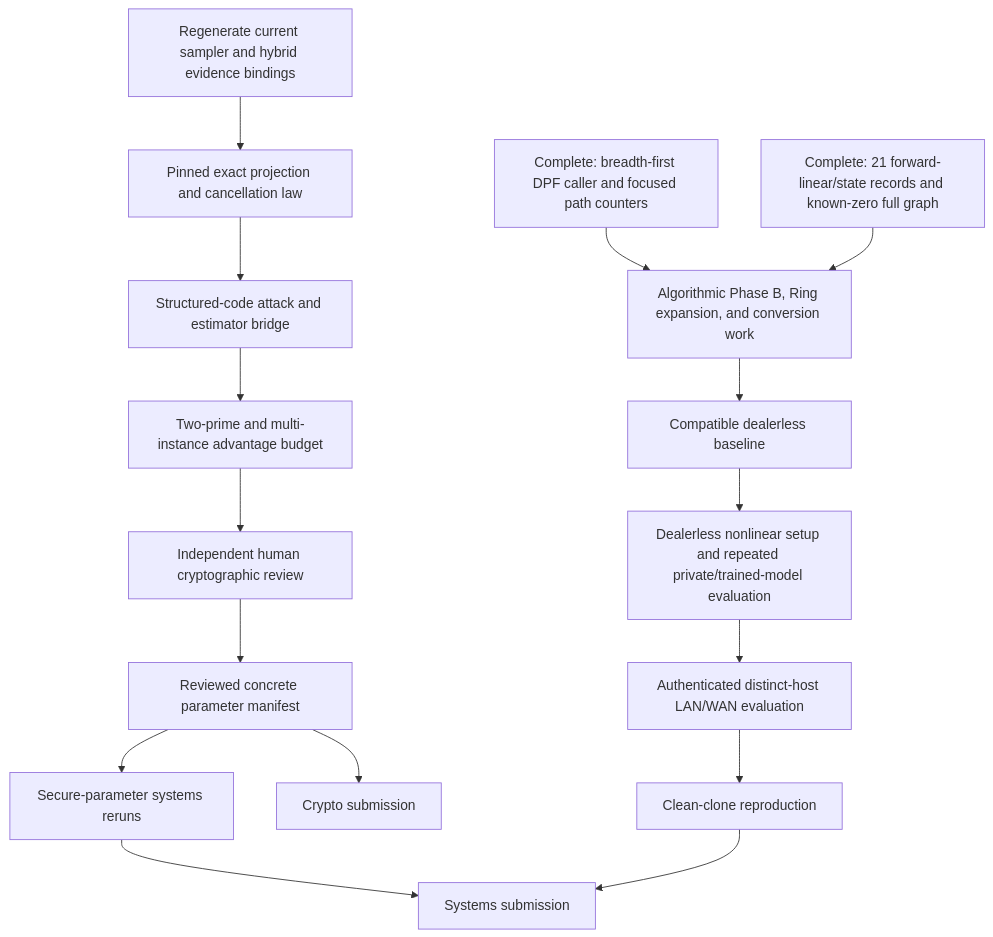
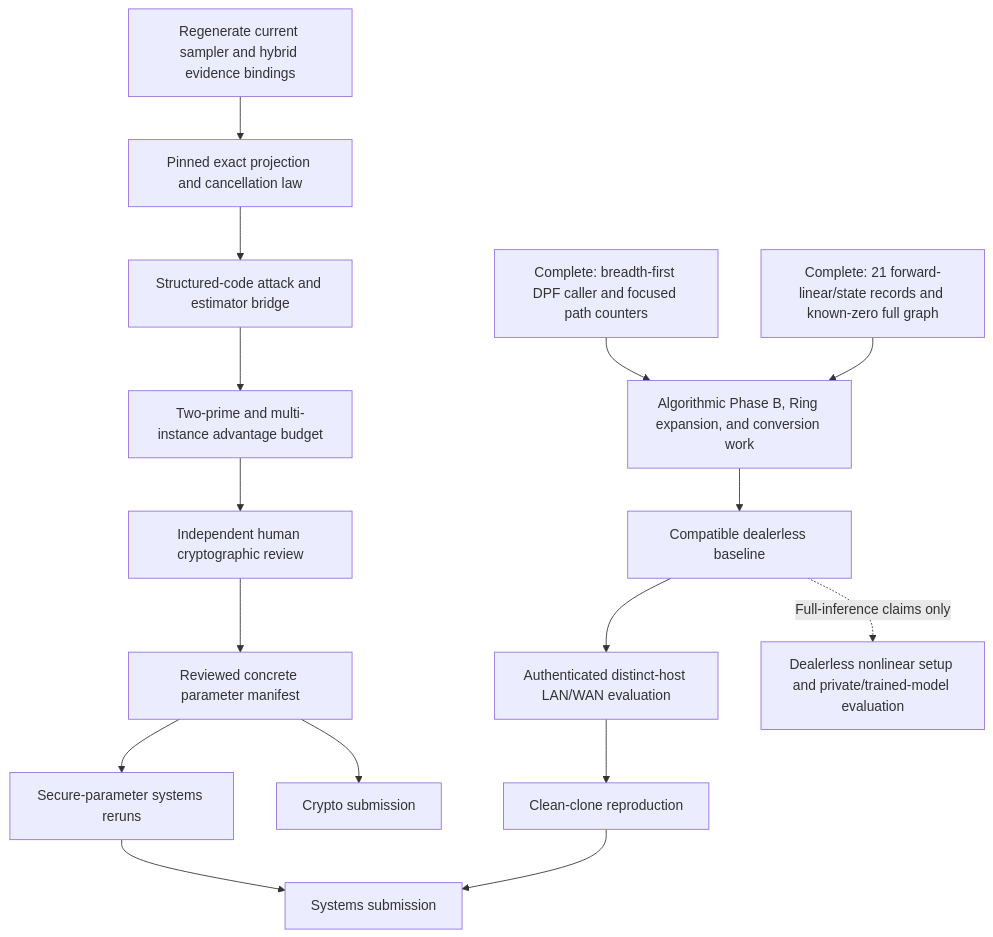
Before and after one commit to mottopanikeiku/EzPC: the diagram in GPU-MPC/ringlpn/results/reports/publication_portfolio_2026_08_04.md, drawn with Mermaid. The commit also changed other lines of this file and 2 other files, not shown here.

````diff
--- a/GPU-MPC/ringlpn/results/reports/publication_portfolio_2026_08_04.md
+++ b/GPU-MPC/ringlpn/results/reports/publication_portfolio_2026_08_04.md
@@ -50,19 +50,19 @@
 ```mermaid
 graph TD
   A[Regenerate current sampler and hybrid evidence bindings] --> B[Pinned exact projection and cancellation law]
   B --> C[Structured-code attack and estimator bridge]
   C --> D[Two-prime and multi-instance advantage budget]
   D --> E[Independent human cryptographic review]
   E --> F[Reviewed concrete parameter manifest]
   F --> G[Secure-parameter systems reruns]
 
   H[Complete: breadth-first DPF caller and focused path counters] --> I[Algorithmic Phase B, Ring expansion, and conversion work]
   J[Complete: 21 forward-linear/state records and known-zero full graph] --> I
   I --> K[Compatible dealerless baseline]
-  K --> P[Dealerless nonlinear setup and repeated private/trained-model evaluation]
-  P --> L[Authenticated distinct-host LAN/WAN evaluation]
+  K --> L[Authenticated distinct-host LAN/WAN evaluation]
+  K -. Full-inference claims only .-> P[Dealerless nonlinear setup and private/trained-model evaluation]
   L --> M[Clean-clone reproduction]
   G --> N[Systems submission]
   M --> N
   F --> O[Crypto submission]
 ```
````
